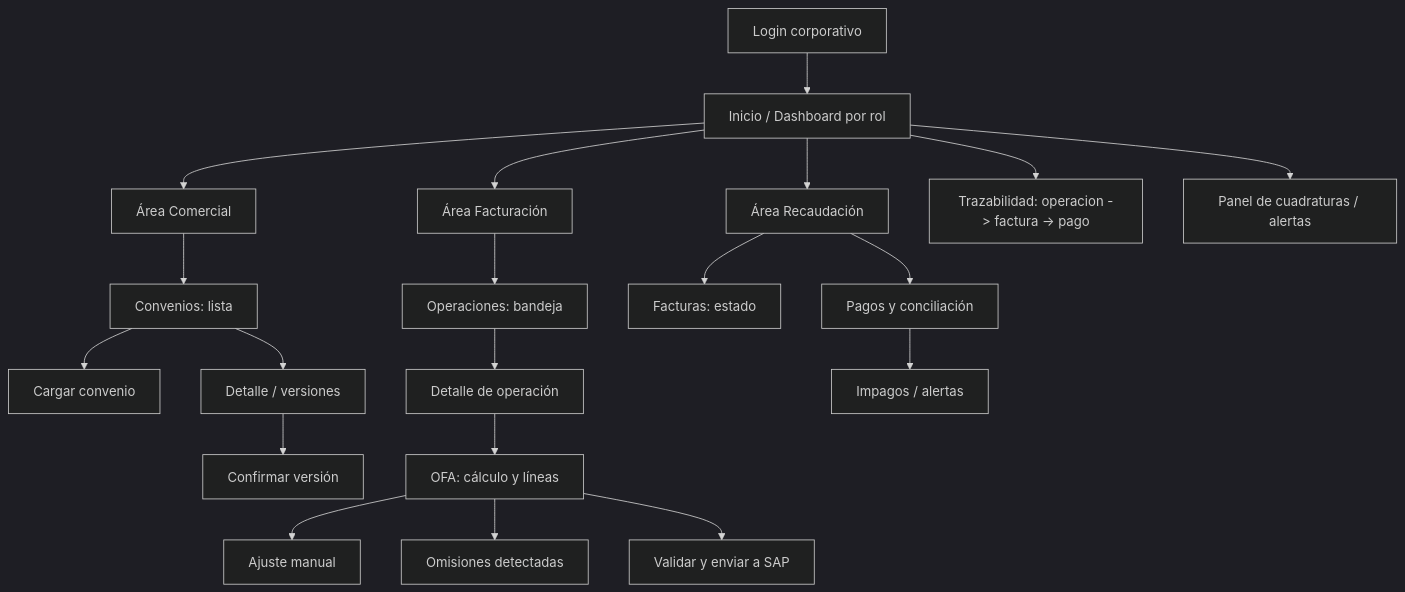
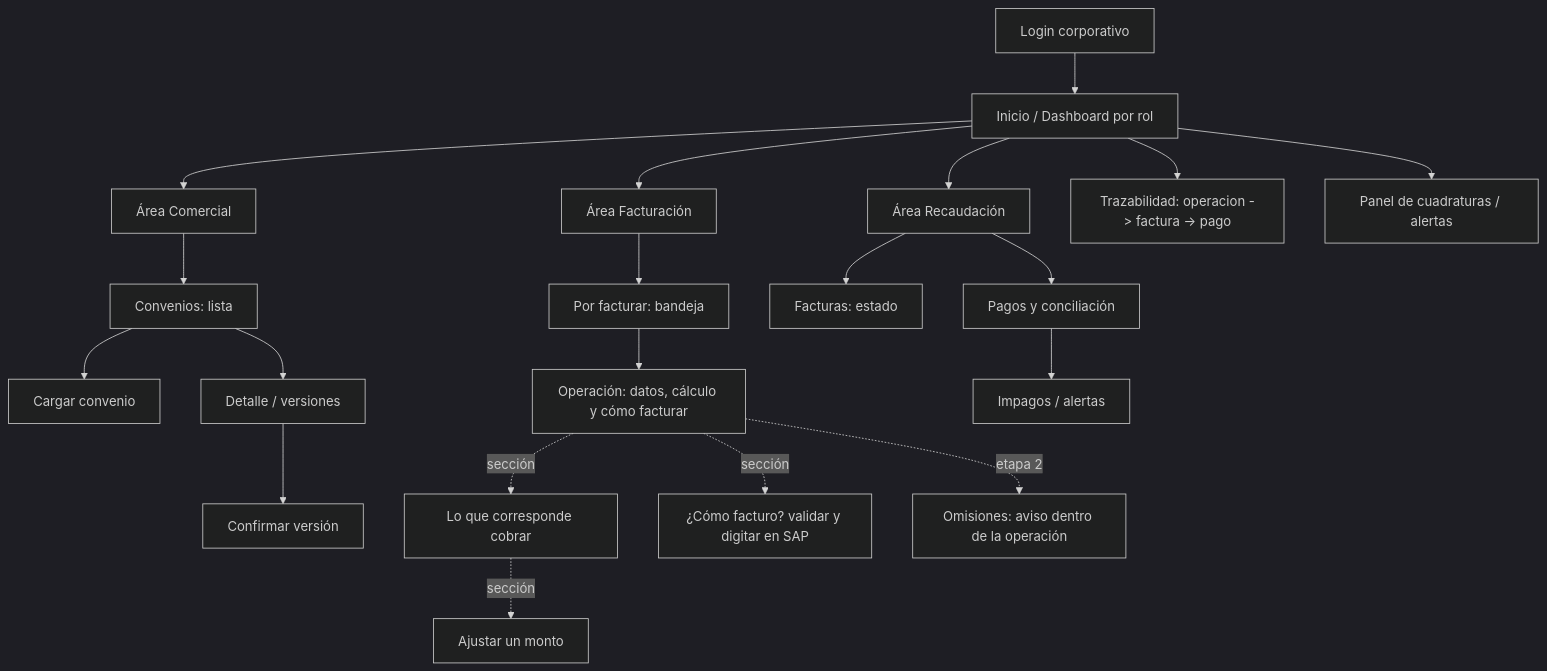
One commit to FelipePonceAgunsa/APPSFacturacion changed the diagram in docs/arquitectura/mapa-pantallas.md. Above: the diagram before and after it, drawn with Mermaid (dark theme). The commit also changed other lines of this file and 1 other file, not shown here.

First line of the commit message:
Mapa de pantallas v1.1: Por facturar y Operacion en una sola pantalla, segun la maqueta UX

````diff
--- a/docs/arquitectura/mapa-pantallas.md
+++ b/docs/arquitectura/mapa-pantallas.md
@@ -15,26 +17,26 @@
 ```mermaid
 flowchart TD
     LOGIN[Login corporativo] --> HOME[Inicio / Dashboard por rol]
     HOME --> COM[Área Comercial]
     HOME --> FAC[Área Facturación]
     HOME --> REC[Área Recaudación]
 
     COM --> C1[Convenios: lista]
     C1 --> C2[Cargar convenio]
     C1 --> C3[Detalle / versiones]
     C3 --> C4[Confirmar versión]
 
-    FAC --> F1[Operaciones: bandeja]
-    F1 --> F2[Detalle de operación]
-    F2 --> F3[OFA: cálculo y líneas]
-    F3 --> F4[Ajuste manual]
-    F3 --> F5[Omisiones detectadas]
-    F3 --> F6[Validar y enviar a SAP]
+    FAC --> F1[Por facturar: bandeja]
+    F1 --> F2[Operación: datos, cálculo y cómo facturar]
+    F2 -. sección .-> F3[Lo que corresponde cobrar]
+    F3 -. sección .-> F4[Ajustar un monto]
+    F2 -. sección .-> F6[¿Cómo facturo? validar y digitar en SAP]
+    F2 -. etapa 2 .-> F5[Omisiones: aviso dentro de la operación]
 
     REC --> R1[Facturas: estado]
     REC --> R2[Pagos y conciliación]
     R2 --> R3[Impagos / alertas]
 
     HOME --> T1[Trazabilidad: operacion -> factura -> pago]
     HOME --> T2[Panel de cuadraturas / alertas]
 ```
````
